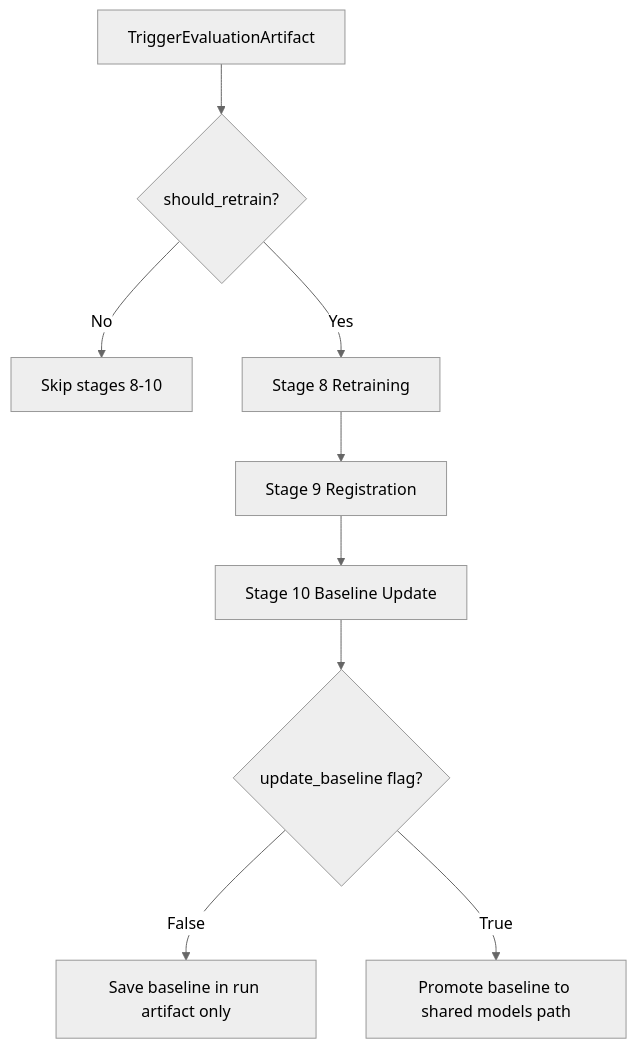
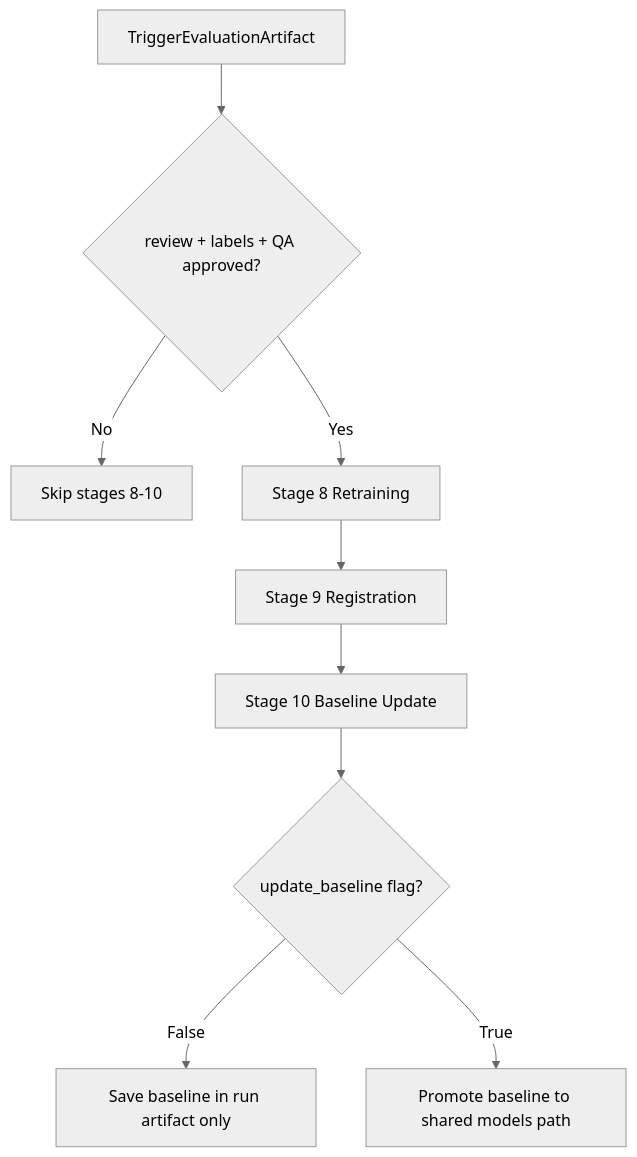
The third of 20 diagrams in docs/PIPELINE_DATA_FLOW_MAP.md (ShalinVachheta017/wearable-har-mlops-pipeline), drawn with Mermaid (neutral theme) before and after one commit. The commit also changed other lines of this file and 450 other files, not shown here.

````diff
--- a/docs/PIPELINE_DATA_FLOW_MAP.md
+++ b/docs/PIPELINE_DATA_FLOW_MAP.md
@@ -103,12 +100,12 @@
 ```mermaid
 flowchart TD
-    D0[TriggerEvaluationArtifact] --> D1{should_retrain?}
+    D0[TriggerEvaluationArtifact] --> D1{review + labels + QA approved?}
     D1 -->|No| D2[Skip stages 8-10]
     D1 -->|Yes| D3[Stage 8 Retraining]
     D3 --> D4[Stage 9 Registration]
     D4 --> D5[Stage 10 Baseline Update]
 
     D5 --> D6{update_baseline flag?}
     D6 -->|False| D7[Save baseline in run artifact only]
     D6 -->|True| D8[Promote baseline to shared models path]
 ```
````
